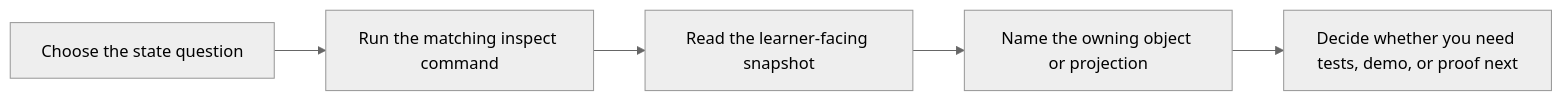
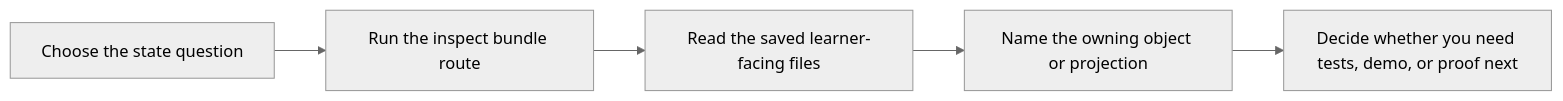
Before and after one commit to bijux/bijux-masterclass: the second of 2 diagrams in programs/python-programming/python-object-oriented-programming/capstone/INSPECTION_GUIDE.md, drawn with Mermaid (neutral theme). The commit also changed other lines of this file and 5 other files, not shown here.

````diff
--- a/programs/python-programming/python-object-oriented-programming/capstone/INSPECTION_GUIDE.md
+++ b/programs/python-programming/python-object-oriented-programming/capstone/INSPECTION_GUIDE.md
@@ -17,7 +20,7 @@
 ```mermaid
 flowchart LR
-  question["Choose the state question"] --> command["Run the matching inspect command"]
-  command --> output["Read the learner-facing snapshot"]
+  question["Choose the state question"] --> command["Run the inspect bundle route"]
+  command --> output["Read the saved learner-facing files"]
   output --> owner["Name the owning object or projection"]
   owner --> next["Decide whether you need tests, demo, or proof next"]
 ```
````
